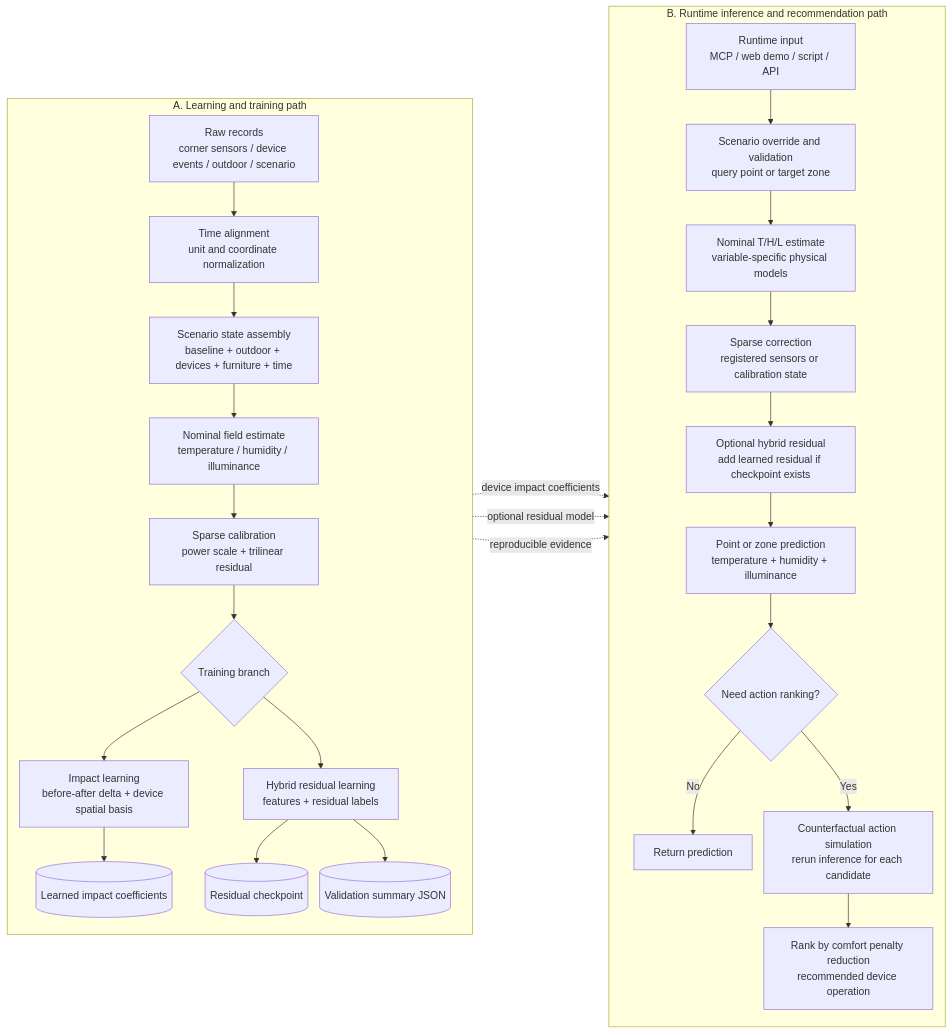
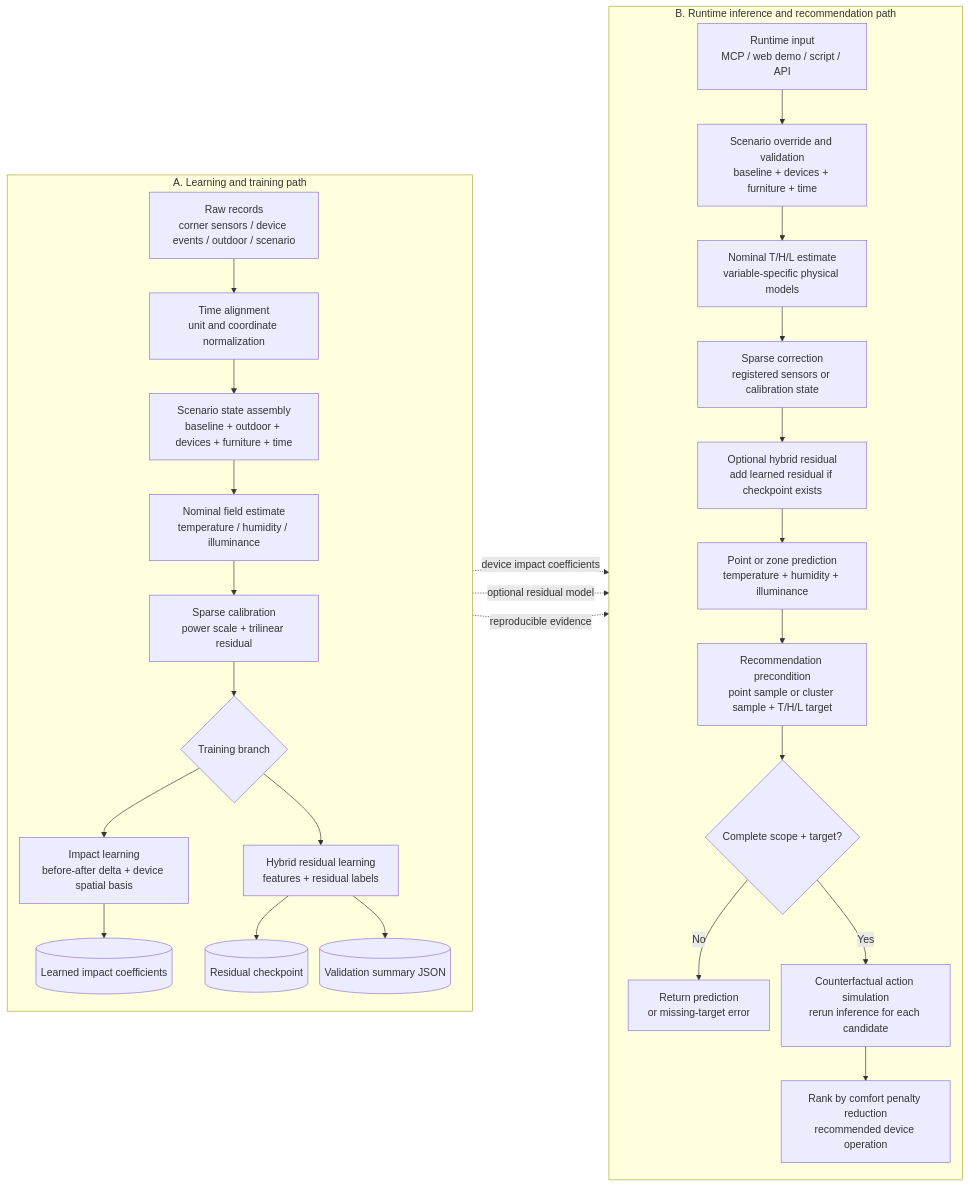
Before and after one commit to Yunitrish006006/A-Spatial-Digital-Twin-Prototype-for-Indoor-Spaces-with-Environmental-Factors: the fourth of 9 diagrams in docs/thesis/system_architecture_diagrams_zh.md, drawn with Mermaid. The commit also changed other lines of this file and 39 other files, not shown here.

````diff
--- a/docs/thesis/system_architecture_diagrams_zh.md
+++ b/docs/thesis/system_architecture_diagrams_zh.md
@@ -93,34 +95,35 @@
 ```mermaid
 %%{init: {'flowchart': {'nodeSpacing': 18, 'rankSpacing': 28, 'curve': 'basis'}} }%%
 flowchart LR
     subgraph Train["A. Learning and training path"]
         direction TB
         T0["Raw records<br/>corner sensors / device events / outdoor / scenario"] --> T1["Time alignment<br/>unit and coordinate normalization"]
         T1 --> T2["Scenario state assembly<br/>baseline + outdoor + devices + furniture + time"]
         T2 --> T3["Nominal field estimate<br/>temperature / humidity / illuminance"]
         T3 --> T4["Sparse calibration<br/>power scale + trilinear residual"]
         T4 --> T5{"Training branch"}
         T5 --> T6["Impact learning<br/>before-after delta + device spatial basis"]
         T5 --> T7["Hybrid residual learning<br/>features + residual labels"]
         T6 --> A1[("Learned impact coefficients")]
         T7 --> A2[("Residual checkpoint")]
         T7 --> A3[("Validation summary JSON")]
     end
 
     subgraph Runtime["B. Runtime inference and recommendation path"]
         direction TB
-        R0["Runtime input<br/>MCP / web demo / script / API"] --> R1["Scenario override and validation<br/>query point or target zone"]
+        R0["Runtime input<br/>MCP / web demo / script / API"] --> R1["Scenario override and validation<br/>baseline + devices + furniture + time"]
         R1 --> R2["Nominal T/H/L estimate<br/>variable-specific physical models"]
         R2 --> R3["Sparse correction<br/>registered sensors or calibration state"]
         R3 --> R4["Optional hybrid residual<br/>add learned residual if checkpoint exists"]
         R4 --> R5["Point or zone prediction<br/>temperature + humidity + illuminance"]
-        R5 --> R6{"Need action ranking?"}
-        R6 -- "No" --> R7["Return prediction"]
-        R6 -- "Yes" --> R8["Counterfactual action simulation<br/>rerun inference for each candidate"]
-        R8 --> R9["Rank by comfort penalty reduction<br/>recommended device operation"]
+        R5 --> R6["Recommendation precondition<br/>point sample or cluster sample + T/H/L target"]
+        R6 --> R7{"Complete scope + target?"}
+        R7 -- "No" --> R8["Return prediction<br/>or missing-target error"]
+        R7 -- "Yes" --> R9["Counterfactual action simulation<br/>rerun inference for each candidate"]
+        R9 --> R10["Rank by comfort penalty reduction<br/>recommended device operation"]
     end
 
     A1 -. "device impact coefficients" .-> R3
     A2 -. "optional residual model" .-> R4
-    A3 -. "reproducible evidence" .-> R9
+    A3 -. "reproducible evidence" .-> R10
 ```
````
